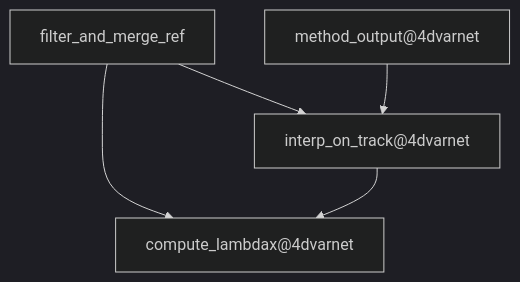
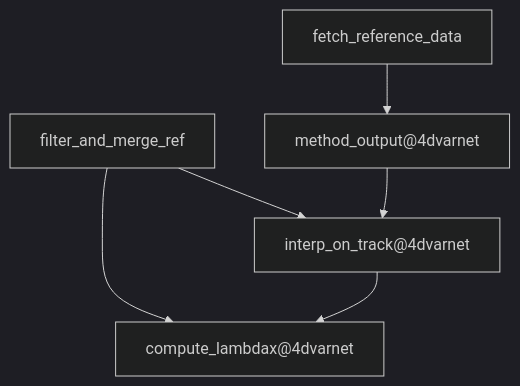
One commit to quentinf00/my_ocb changed the diagram in datachallenges/dc_ose_2021/README.md. Above: the diagram before and after it, drawn with Mermaid (dark theme).

````diff
--- a/datachallenges/dc_ose_2021/README.md
+++ b/datachallenges/dc_ose_2021/README.md
@@ -3,11 +3,12 @@
 ```mermaid
 flowchart TD
         node1["compute_lambdax@4dvarnet"]
         node2["filter_and_merge_ref"]
         node3["interp_on_track@4dvarnet"]
         node4["method_output@4dvarnet"]
         node2-->node1
         node2-->node3
         node3-->node1
         node4-->node3
+        node5[fetch_reference_data]-->node4
 ```
````
